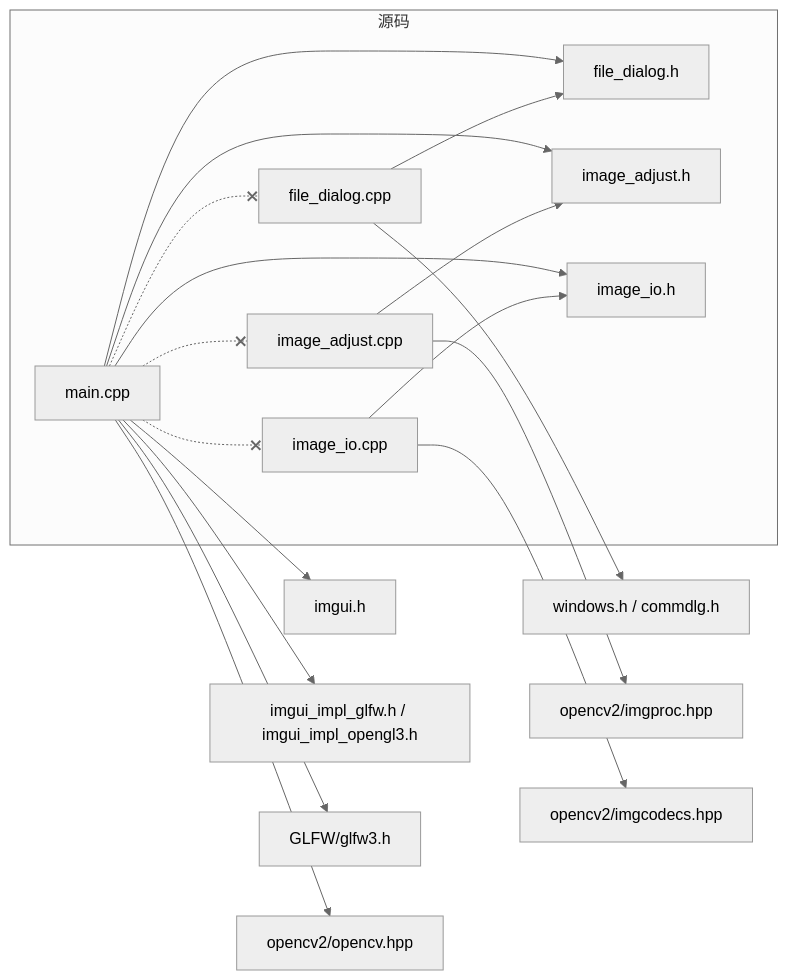
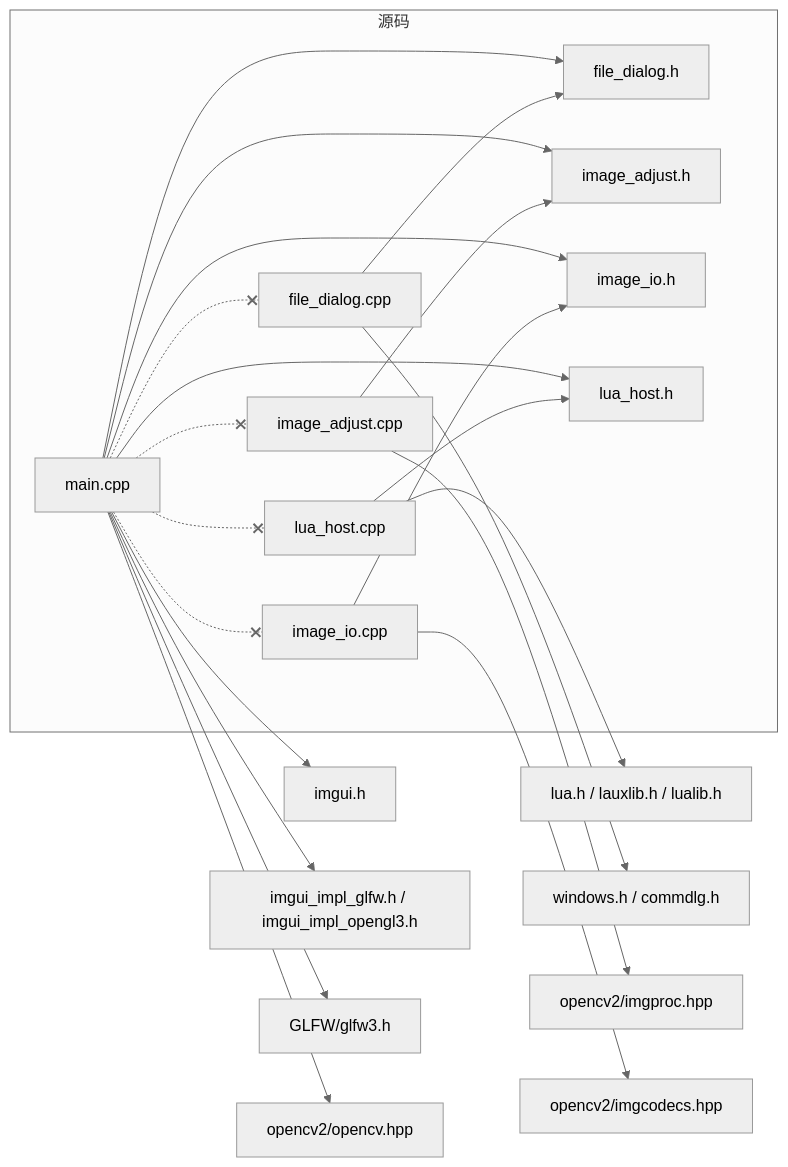
One commit to YunKaiRiYueLang/image_contrast_light_tools changed the second of 3 diagrams in README.md. Above: the diagram before and after it, drawn with Mermaid (neutral theme). The commit also changed other lines of this file, not shown here.

Commit message:
Document Lua integration in README

````diff
--- a/README.md
+++ b/README.md
@@ -60,28 +70,34 @@
 ```mermaid
 graph LR
     subgraph 源码
         main_cpp["main.cpp"]
         fd_cpp["file_dialog.cpp"]
         ia_cpp["image_adjust.cpp"]
         io_cpp["image_io.cpp"]
+        lua_cpp["lua_host.cpp"]
         fd_h["file_dialog.h"]
         ia_h["image_adjust.h"]
         io_h["image_io.h"]
+        lua_h["lua_host.h"]
     end
     main_cpp --> fd_h
     main_cpp --> ia_h
     main_cpp --> io_h
+    main_cpp --> lua_h
+    lua_cpp --> lua_h
+    lua_cpp --> lua_hdr["lua.h / lauxlib.h / lualib.h"]
     main_cpp --> imgui_h["imgui.h"]
     main_cpp --> impl_h["imgui_impl_glfw.h / imgui_impl_opengl3.h"]
     main_cpp --> glfw_h["GLFW/glfw3.h"]
     main_cpp --> ocv_h["opencv2/opencv.hpp"]
     fd_cpp --> fd_h
     fd_cpp --> win_h["windows.h / commdlg.h"]
     ia_cpp --> ia_h
     ia_cpp --> cv_imgproc["opencv2/imgproc.hpp"]
     io_cpp --> io_h
     io_cpp --> cv_imgcodecs["opencv2/imgcodecs.hpp"]
     main_cpp -.-x fd_cpp
     main_cpp -.-x ia_cpp
     main_cpp -.-x io_cpp
+    main_cpp -.-x lua_cpp
 ```
````
